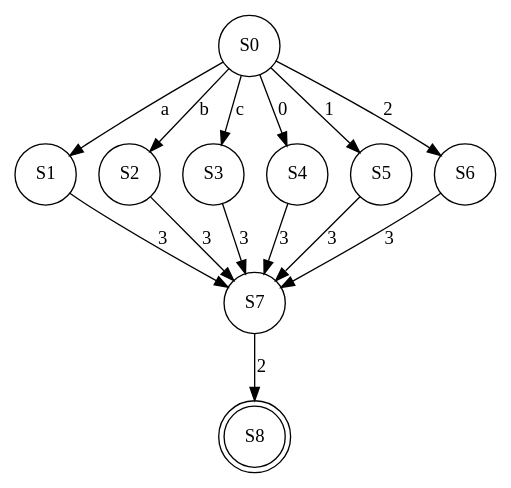
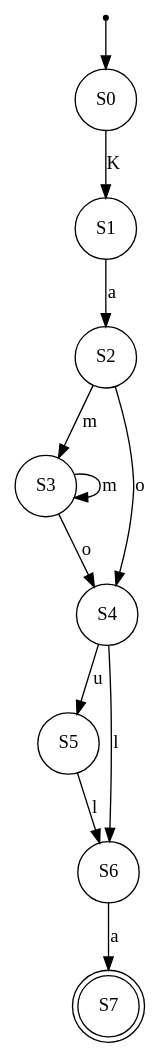
Before and after one commit to AbdelrahmanHamdyy/Regex-MinDFA-Converter: the diagram in output/dfa.gv, drawn with Graphviz. The commit also changed 8 other files, not shown here.

```diff
--- a/output/dfa.gv
+++ b/output/dfa.gv
@@ -1,25 +1,23 @@
 // DFA Visualization
 digraph {
+	"" [label="" shape=point]
 	S0 [label=S0 shape=circle]
+	"" -> S0
 	S1 [label=S1 shape=circle]
 	S2 [label=S2 shape=circle]
 	S3 [label=S3 shape=circle]
 	S4 [label=S4 shape=circle]
 	S5 [label=S5 shape=circle]
 	S6 [label=S6 shape=circle]
-	S7 [label=S7 shape=circle]
-	S8 [label=S8 shape=doublecircle]
-	S0 -> S1 [label=a]
-	S0 -> S2 [label=b]
-	S0 -> S3 [label=c]
-	S0 -> S4 [label=0]
-	S0 -> S5 [label=1]
-	S0 -> S6 [label=2]
-	S1 -> S7 [label=3]
-	S2 -> S7 [label=3]
-	S3 -> S7 [label=3]
-	S4 -> S7 [label=3]
-	S5 -> S7 [label=3]
-	S6 -> S7 [label=3]
-	S7 -> S8 [label=2]
+	S7 [label=S7 shape=doublecircle]
+	S0 -> S1 [label=K]
+	S1 -> S2 [label=a]
+	S2 -> S3 [label=m]
+	S2 -> S4 [label=o]
+	S3 -> S3 [label=m]
+	S3 -> S4 [label=o]
+	S4 -> S5 [label=u]
+	S4 -> S6 [label=l]
+	S5 -> S6 [label=l]
+	S6 -> S7 [label=a]
 }
```
